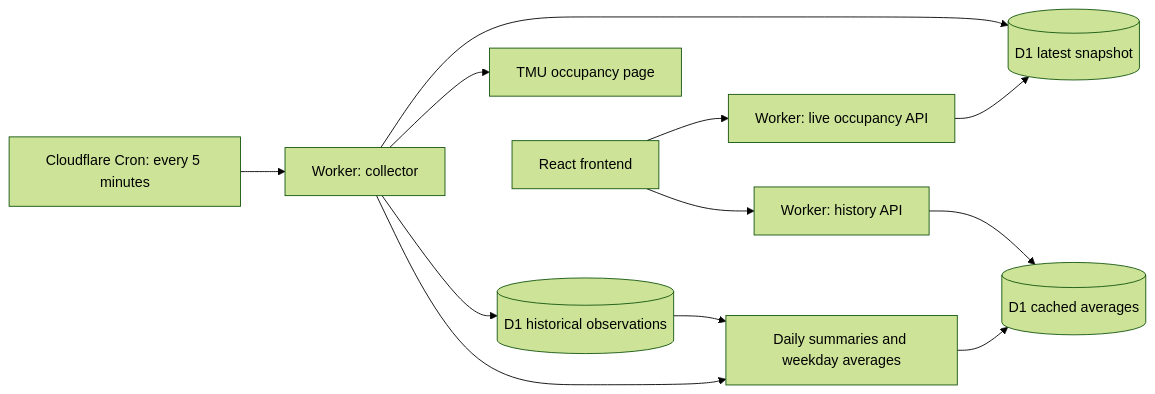
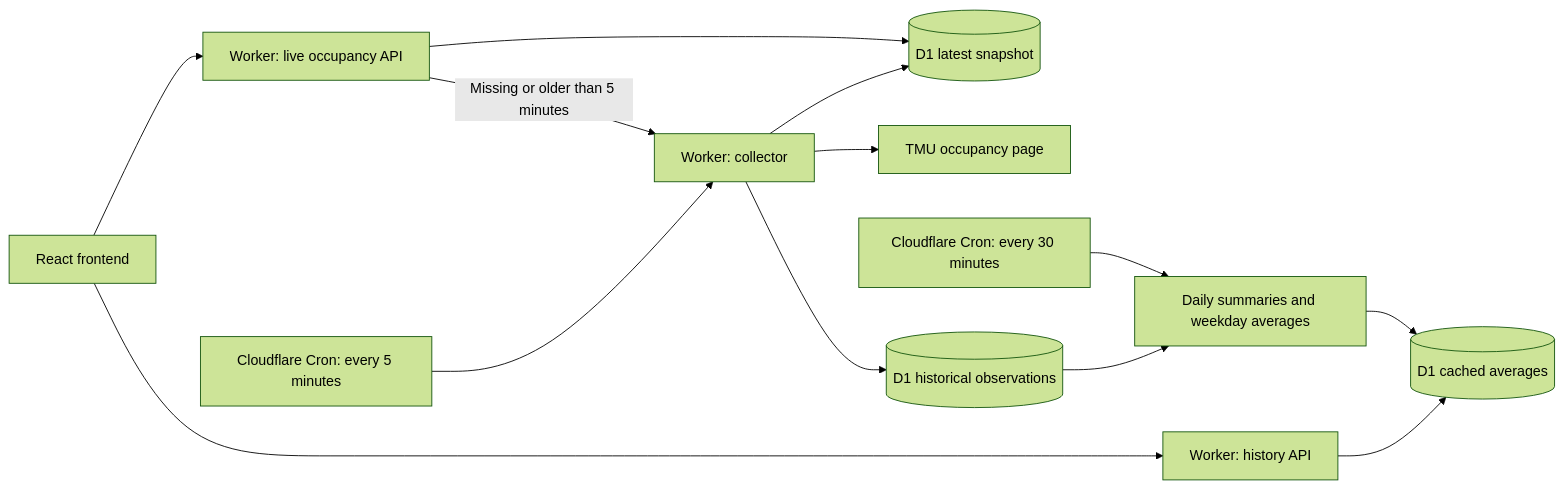
Before and after one commit to maibrandon/tmu-gym-status: the diagram in README.md, drawn with Mermaid (forest theme). The commit also changed other lines of this file and 10 other files, not shown here.

Commit message:
Remediate failed cron job with a live fallback

````diff
--- a/README.md
+++ b/README.md
@@ -26,14 +26,15 @@
 ```mermaid
 flowchart LR
     Browser[React frontend] --> Live[Worker: live occupancy API]
     Live --> Snapshot[(D1 latest snapshot)]
+    Live -->|Missing or older than 5 minutes| Collector
     Cron[Cloudflare Cron: every 5 minutes] --> Collector[Worker: collector]
     Collector --> TMU[TMU occupancy page]
     Collector --> Snapshot
-    Collector --> Summaries
+    HistoryCron[Cloudflare Cron: every 30 minutes] --> Summaries
     Collector --> DB[(D1 historical observations)]
     DB --> Summaries[Daily summaries and weekday averages]
     Summaries --> Averages
     Browser --> History[Worker: history API]
     History --> Averages[(D1 cached averages)]
 ```
````
